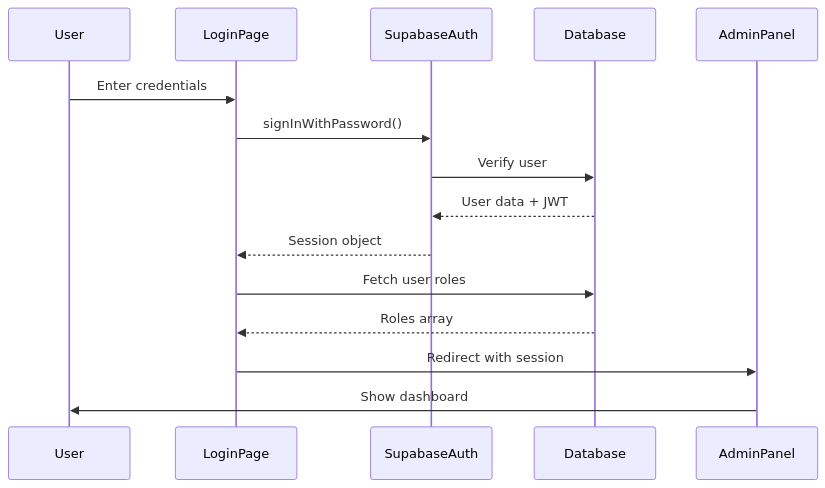
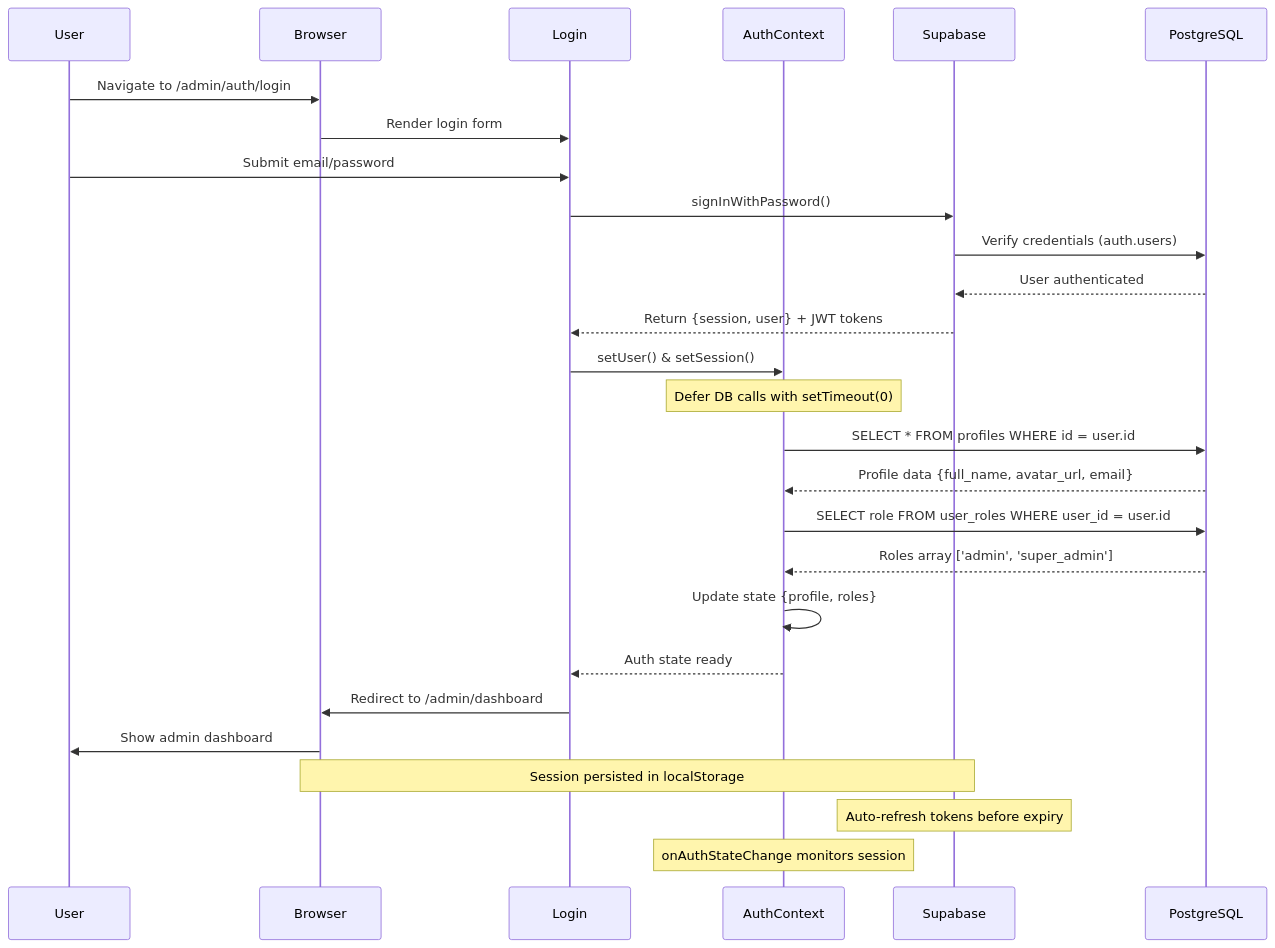
Before and after one commit to devmartsuriname/devmart-extreame-zivan: the second of 9 diagrams in docs/backend/Architecture.md, drawn with Mermaid. The commit also changed other lines of this file and 1 other file, not shown here.

````diff
--- a/docs/backend/Architecture.md
+++ b/docs/backend/Architecture.md
@@ -179,18 +179,34 @@
 ```mermaid
 sequenceDiagram
     participant User
-    participant LoginPage
-    participant SupabaseAuth
-    participant Database
-    participant AdminPanel
+    participant Browser
+    participant Login
+    participant AuthContext
+    participant Supabase
+    participant PostgreSQL
     
-    User->>LoginPage: Enter credentials
-    LoginPage->>SupabaseAuth: signInWithPassword()
-    SupabaseAuth->>Database: Verify user
-    Database-->>SupabaseAuth: User data + JWT
-    SupabaseAuth-->>LoginPage: Session object
-    LoginPage->>Database: Fetch user roles
-    Database-->>LoginPage: Roles array
-    LoginPage->>AdminPanel: Redirect with session
-    AdminPanel->>User: Show dashboard
+    User->>Browser: Navigate to /admin/auth/login
+    Browser->>Login: Render login form
+    User->>Login: Submit email/password
+    Login->>Supabase: signInWithPassword()
+    Supabase->>PostgreSQL: Verify credentials (auth.users)
+    PostgreSQL-->>Supabase: User authenticated
+    Supabase-->>Login: Return {session, user} + JWT tokens
+    Login->>AuthContext: setUser() & setSession()
+    
+    Note over AuthContext: Defer DB calls with setTimeout(0)
+    
+    AuthContext->>PostgreSQL: SELECT * FROM profiles WHERE id = user.id
+    PostgreSQL-->>AuthContext: Profile data {full_name, avatar_url, email}
+    AuthContext->>PostgreSQL: SELECT role FROM user_roles WHERE user_id = user.id
+    PostgreSQL-->>AuthContext: Roles array ['admin', 'super_admin']
+    
+    AuthContext->>AuthContext: Update state {profile, roles}
+    AuthContext-->>Login: Auth state ready
+    Login->>Browser: Redirect to /admin/dashboard
+    Browser->>User: Show admin dashboard
+    
+    Note over Browser,Supabase: Session persisted in localStorage
+    Note over Supabase: Auto-refresh tokens before expiry
+    Note over AuthContext: onAuthStateChange monitors session
 ```
````
